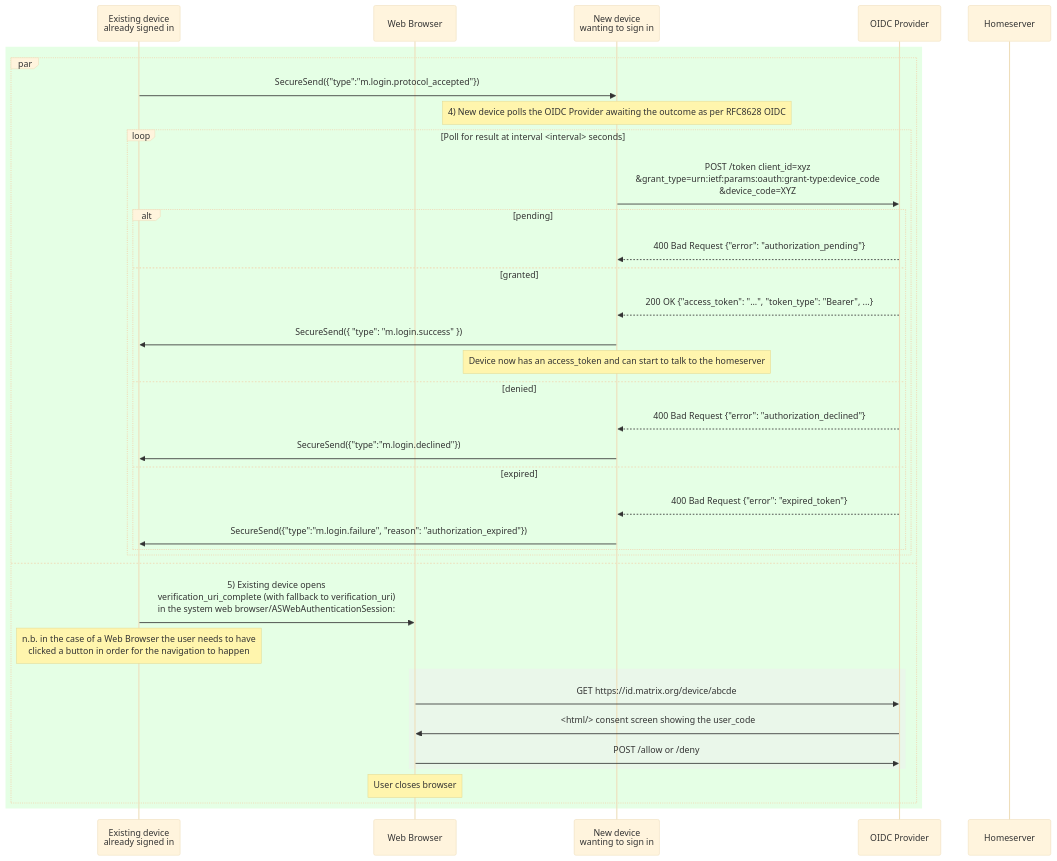
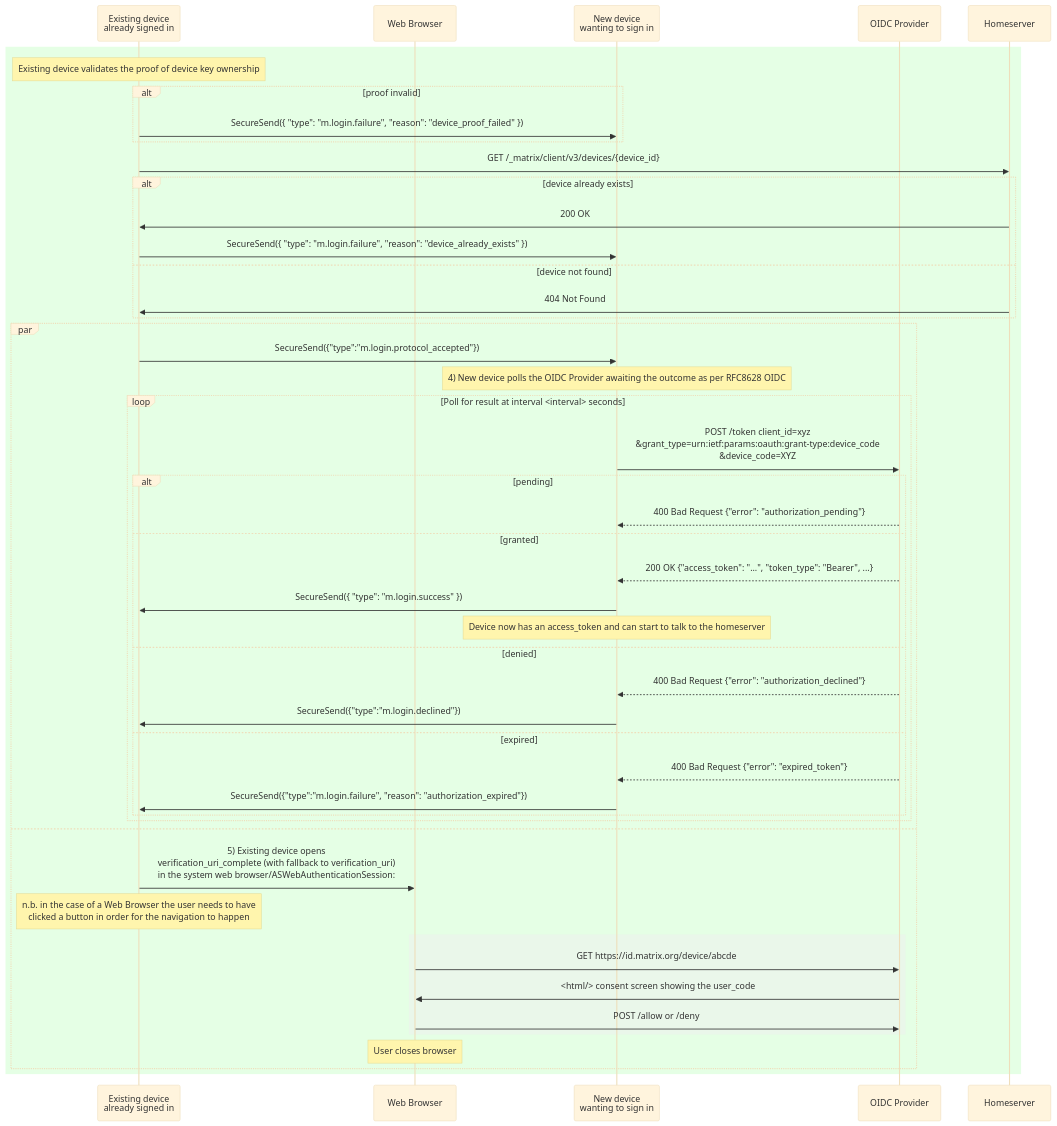
Before and after one commit to matrix-org/matrix-spec-proposals: the fifth of 6 diagrams in proposals/4108-oidc-qr-login.md, drawn with Mermaid (base theme). The commit also changed other lines of this file, not shown here.

Commit message:
Update proof description and failure reason

````diff
--- a/proposals/4108-oidc-qr-login.md
+++ b/proposals/4108-oidc-qr-login.md
@@ -1027,41 +1029,53 @@
 ```mermaid
 sequenceDiagram
     participant E as Existing device <br>already signed in
     participant UA as Web Browser
     participant N as New device <br>wanting to sign in
     participant OP as OIDC Provider
     participant HS as Homeserver
 
     rect rgba(0,255,0, 0.1)
 
+        note over E: Existing device validates the proof of device key ownership
+        alt proof invalid
+            E->>N: SecureSend({ "type": "m.login.failure", "reason": "device_proof_failed" })
+        end
+
+        E->>HS: GET /_matrix/client/v3/devices/{device_id}
+        alt device already exists
+            HS->>E: 200 OK
+            E->>N: SecureSend({ "type": "m.login.failure", "reason": "device_already_exists" })
+        else device not found
+            HS->>E: 404 Not Found
+        end
         par
             E->>N: SecureSend({"type":"m.login.protocol_accepted"})
         note over N: 4) New device polls the OIDC Provider awaiting the outcome as per RFC8628 OIDC
             loop Poll for result at interval <interval> seconds
                 N->>OP: POST /token client_id=xyz<br>&grant_type=urn:ietf:params:oauth:grant-type:device_code<br>&device_code=XYZ
                 alt pending
                     OP-->>N: 400 Bad Request {"error": "authorization_pending"}
                 else granted
                     OP-->>N: 200 OK {"access_token": "...", "token_type": "Bearer", ...}
                     N->>E: SecureSend({ "type": "m.login.success" })
                     Note over N: Device now has an access_token and can start to talk to the homeserver
                 else denied
                     OP-->>N: 400 Bad Request {"error": "authorization_declined"}
                     N->>E: SecureSend({"type":"m.login.declined"})
                 else expired
                     OP-->>N: 400 Bad Request {"error": "expired_token"}
                     N->>E: SecureSend({"type":"m.login.failure", "reason": "authorization_expired"})
                 end
             end
         and
             E->>UA: 5) Existing device opens <br>verification_uri_complete (with fallback to verification_uri)<br> in the system web browser/ASWebAuthenticationSession:
             Note over E: n.b. in the case of a Web Browser the user needs to have<br> clicked a button in order for the navigation to happen
             rect rgba(240,240,240,0.5)
                 UA->>OP: GET https://id.matrix.org/device/abcde
                 OP->>UA: <html/> consent screen showing the user_code
                 UA->>OP: POST /allow or /deny
             end
             Note over UA: User closes browser
         end
     end
 ```
````
